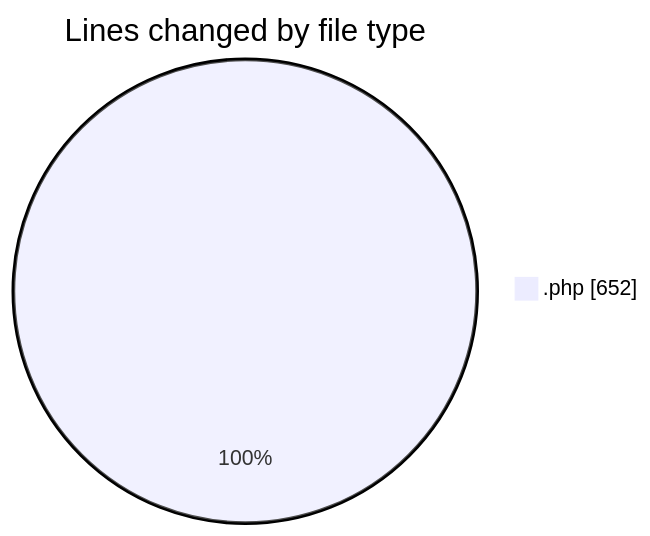
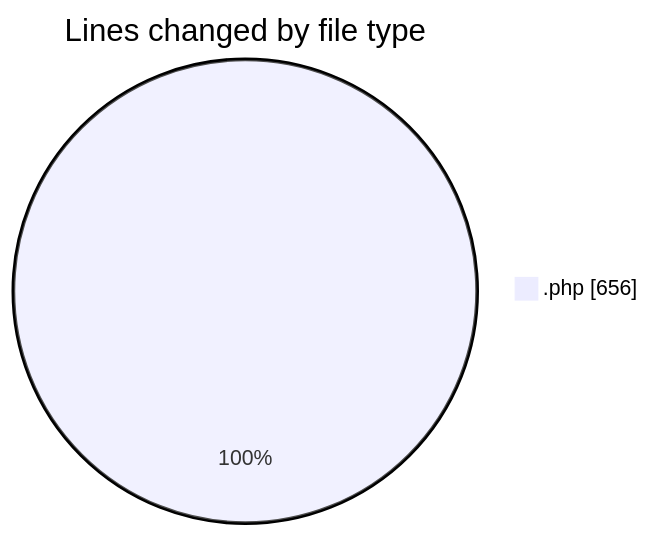
One commit to LanceThiago/code-tracking changed the first of 2 diagrams in 2025-10-03/totem2/README.md. Above: the diagram before and after it, drawn with Mermaid. The commit also changed other lines of this file and 1 other file, not shown here.

````diff
--- a/2025-10-03/totem2/README.md
+++ b/2025-10-03/totem2/README.md
@@ -21,5 +21,5 @@
 ```mermaid
 pie showData
 title Lines changed by file type
-".php" : 652
+".php" : 656
 ```
````
